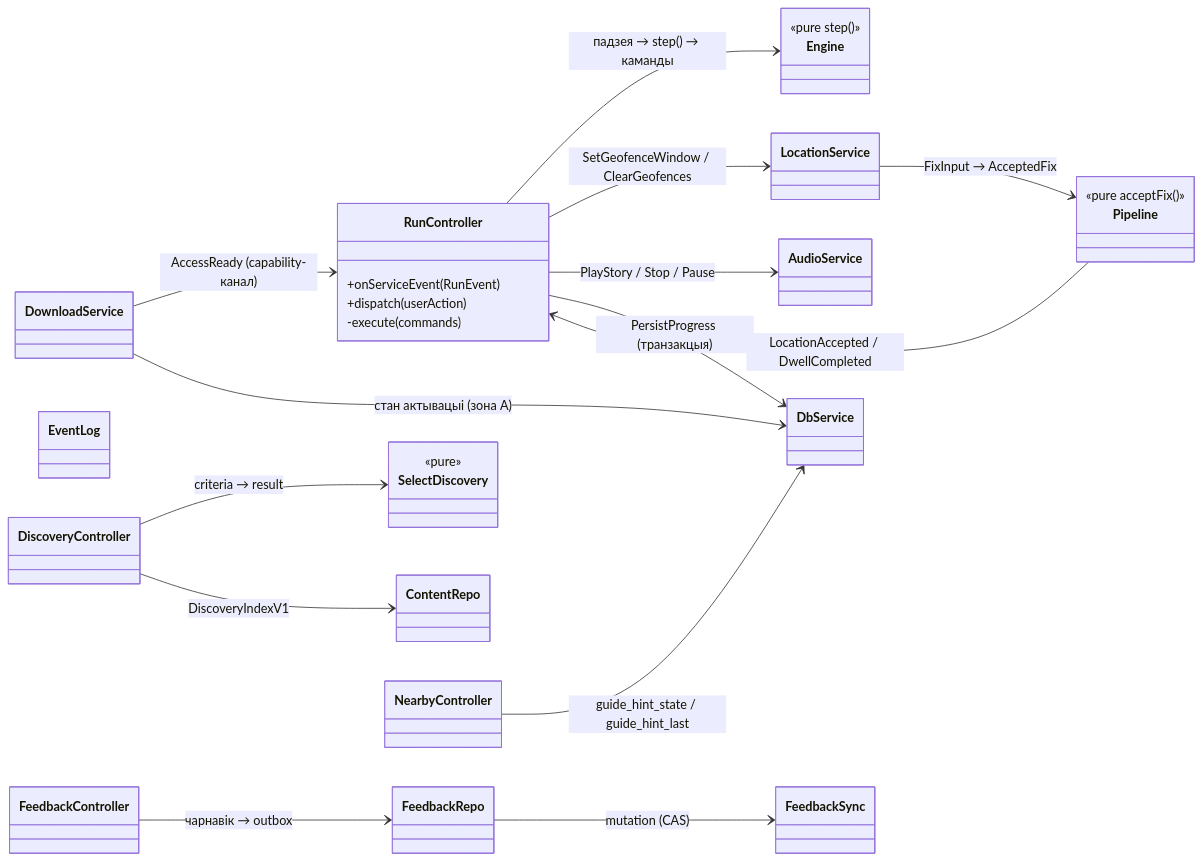
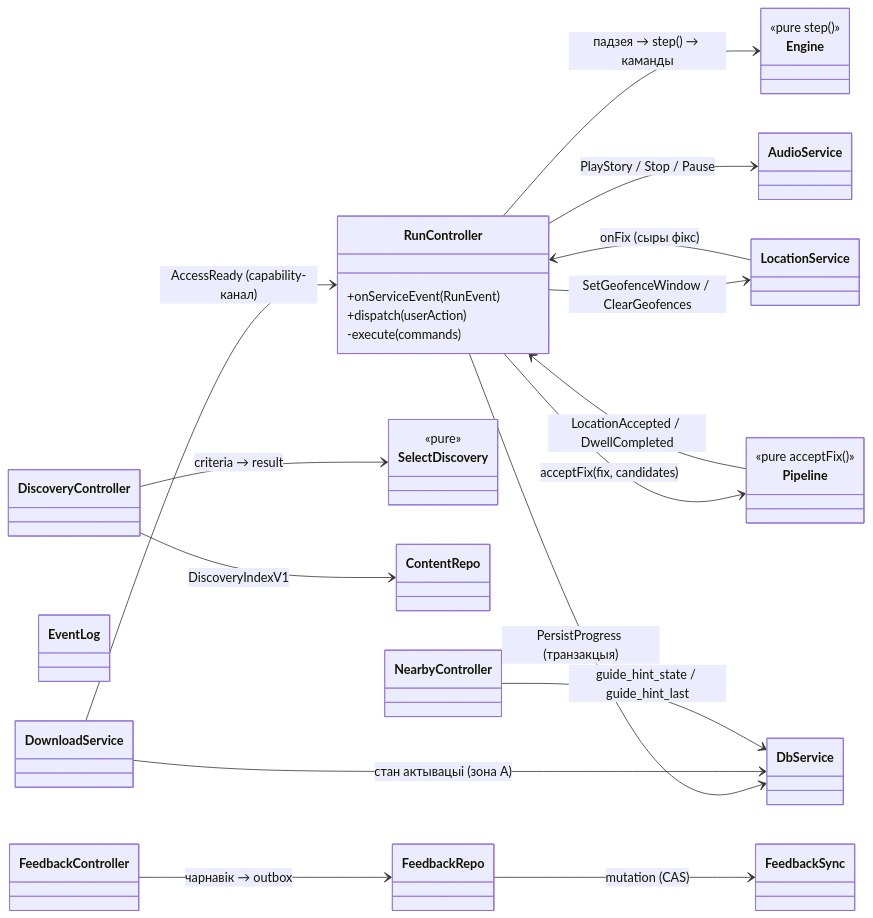
Before and after one commit to vokhandcrafts/KUDY: the first of 3 diagrams in docs/architecture/19_class_and_module_map.md, drawn with Mermaid. The commit also changed other lines of this file, not shown here.

Commit message:
docs(arch): review 91 — controller/pipeline hops in diagrams, event/state pointers, Belarusian fixes

````diff
--- a/docs/architecture/19_class_and_module_map.md
+++ b/docs/architecture/19_class_and_module_map.md
@@ -266,43 +270,44 @@
 ```mermaid
 classDiagram
   direction LR
   class RunController {
     +onServiceEvent(RunEvent)
     +dispatch(userAction)
     -execute(commands)
   }
   class Engine {
     <<pure step()>>
   }
   class Pipeline {
     <<pure acceptFix()>>
   }
   class SelectDiscovery {
     <<pure>>
   }
   class LocationService
   class AudioService
   class DownloadService
   class DbService
   class ContentRepo
   class EventLog
   class FeedbackRepo
   class FeedbackSync
   class NearbyController
   class DiscoveryController
   class FeedbackController
 
   RunController --> Engine : падзея → step() → каманды
   RunController --> LocationService : SetGeofenceWindow / ClearGeofences
   RunController --> AudioService : PlayStory / Stop / Pause
   RunController --> DbService : PersistProgress (транзакцыя)
-  LocationService --> Pipeline : FixInput → AcceptedFix
+  LocationService --> RunController : onFix (сыры фікс)
+  RunController --> Pipeline : acceptFix(fix, candidates)
   Pipeline --> RunController : LocationAccepted / DwellCompleted
   DownloadService --> RunController : AccessReady (capability-канал)
   DownloadService --> DbService : стан актывацыі (зона A)
   DiscoveryController --> SelectDiscovery : criteria → result
   DiscoveryController --> ContentRepo : DiscoveryIndexV1
   FeedbackController --> FeedbackRepo : чарнавік → outbox
   FeedbackRepo --> FeedbackSync : mutation (CAS)
   NearbyController --> DbService : guide_hint_state / guide_hint_last
 ```
````
